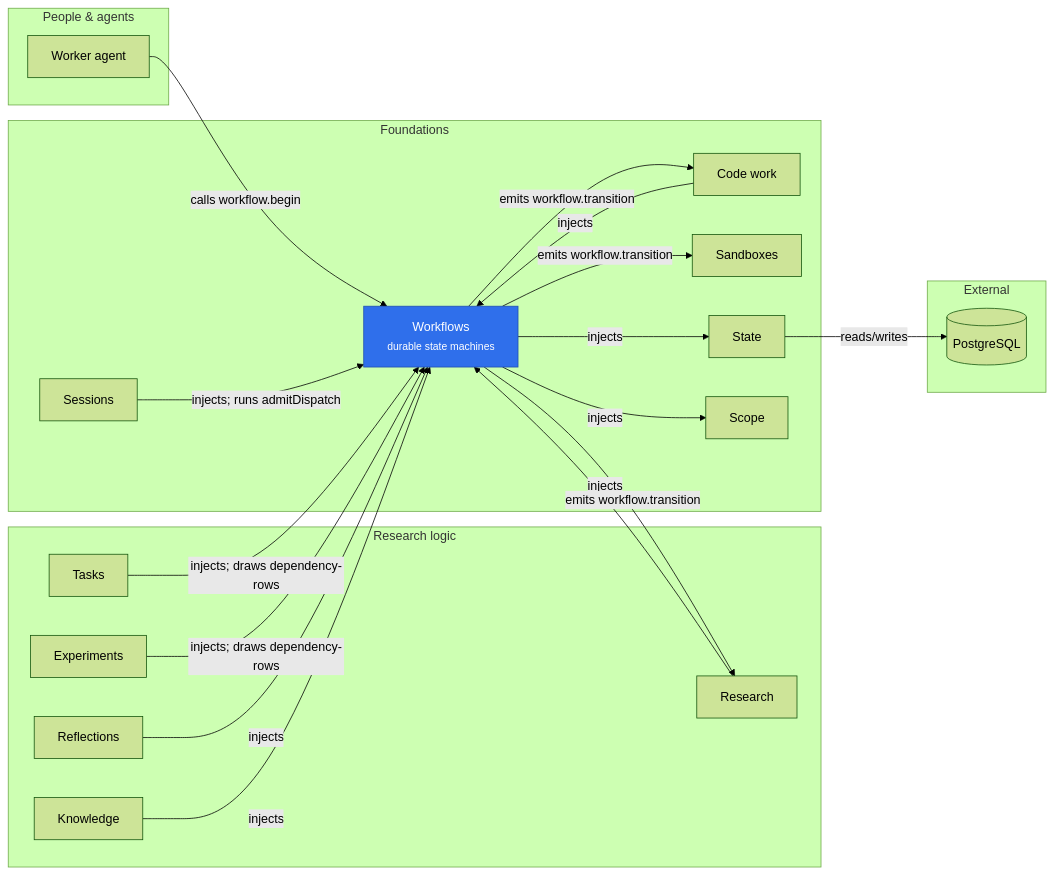
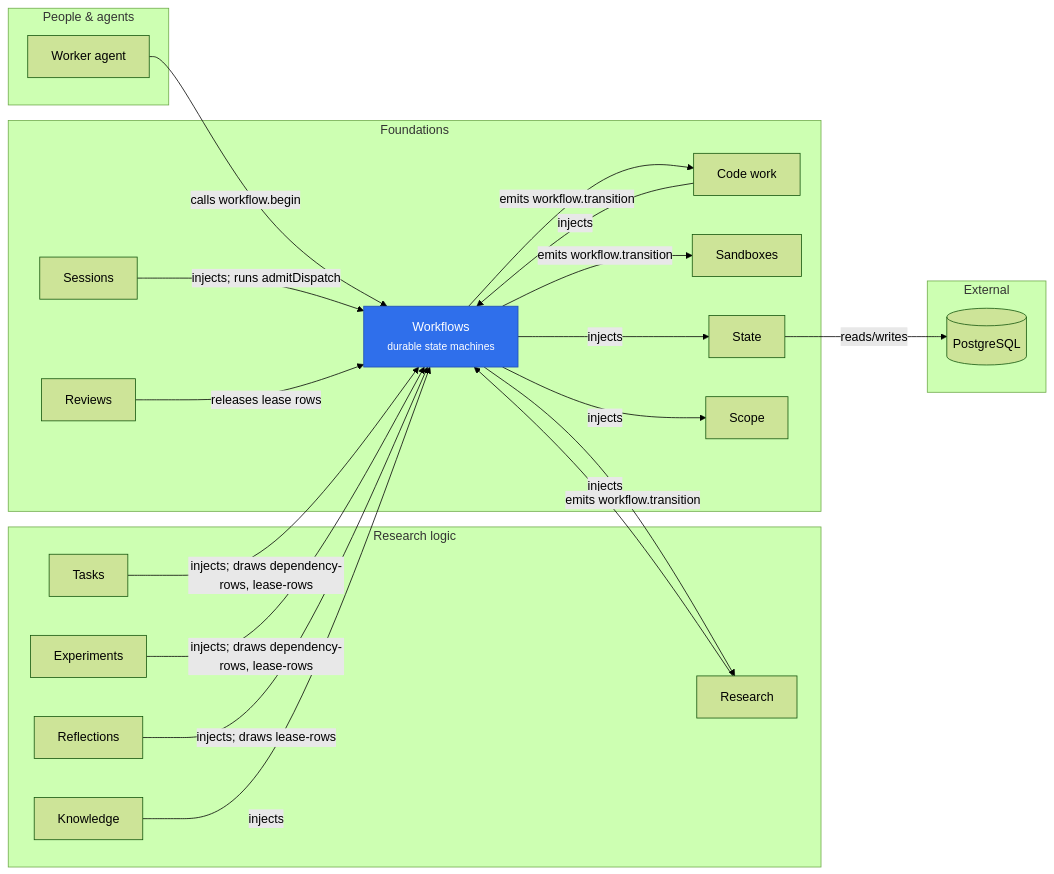
The diagram in merv-typescript/packages/workflows/README.md (rapidreview-io/Merv), drawn with Mermaid (forest theme) before and after one commit. The commit also changed other lines of this file and 37 other files, not shown here.

First line of the commit message:
Keep every leased step's lease in one Workflows table

````diff
--- a/merv-typescript/packages/workflows/README.md
+++ b/merv-typescript/packages/workflows/README.md
@@ -8,40 +8,42 @@
 ```mermaid
 flowchart LR
   subgraph peopleLayer["People & agents"]
     workerAgent["Worker agent"]
   end
   subgraph researchLayer["Research logic"]
     tasks["Tasks"]
     experiments["Experiments"]
     reflections["Reflections"]
     research["Research"]
     knowledge["Knowledge"]
   end
   subgraph foundationsLayer["Foundations"]
     workflows["Workflows<br/><small>durable state machines</small>"]
     sessions["Sessions"]
+    reviews["Reviews"]
     codeWork["Code work"]
     sandboxes["Sandboxes"]
     state["State"]
     scope["Scope"]
   end
   subgraph externalLayer["External"]
     postgres[("PostgreSQL")]
   end
   workerAgent -- "calls workflow.begin" --> workflows
-  tasks -- "injects; draws dependency-rows" --> workflows
-  experiments -- "injects; draws dependency-rows" --> workflows
-  reflections -- "injects" --> workflows
+  tasks -- "injects; draws dependency-rows, lease-rows" --> workflows
+  experiments -- "injects; draws dependency-rows, lease-rows" --> workflows
+  reflections -- "injects; draws lease-rows" --> workflows
   research -- "injects" --> workflows
   knowledge -- "injects" --> workflows
   sessions -- "injects; runs admitDispatch" --> workflows
+  reviews -- "releases lease rows" --> workflows
   codeWork -- "injects" --> workflows
   workflows -- "emits workflow.transition" --> sandboxes
   workflows -- "emits workflow.transition" --> codeWork
   workflows -- "emits workflow.transition" --> research
   workflows -- "injects" --> state
   workflows -- "injects" --> scope
   state -- "reads/writes" --> postgres
   classDef self fill:#2f6feb,color:#fff,stroke:#1f4fb0
   class workflows self
 ```
````
